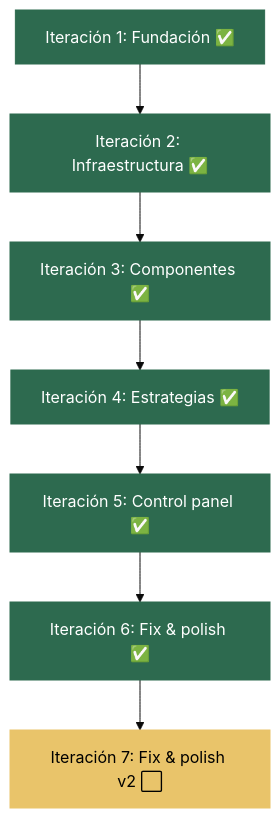
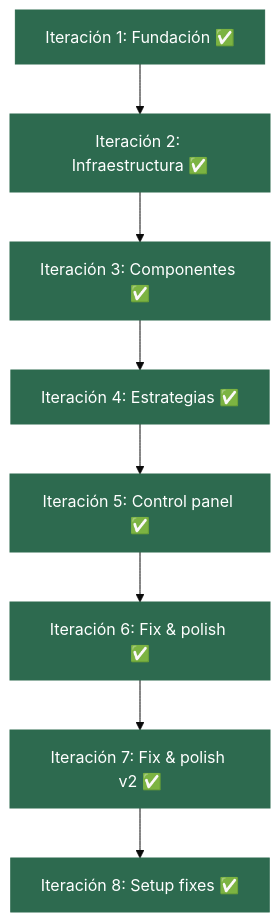
Before and after one commit to xavier-gallofre/k8s-deployer-playground: the diagram in docs/user-stories.md, drawn with Mermaid (base theme). The commit also changed other lines of this file and 3 other files, not shown here.

````diff
--- a/docs/user-stories.md
+++ b/docs/user-stories.md
@@ -13,17 +13,19 @@
 ```mermaid
 graph TD
     I1["Iteración 1: Fundación ✅"] --> I2["Iteración 2: Infraestructura ✅"]
     I2 --> I3["Iteración 3: Componentes ✅"]
     I3 --> I4["Iteración 4: Estrategias ✅"]
     I4 --> I5["Iteración 5: Control panel ✅"]
     I5 --> I6["Iteración 6: Fix & polish ✅"]
-    I6 --> I7["Iteración 7: Fix & polish v2 ⬜"]
+    I6 --> I7["Iteración 7: Fix & polish v2 ✅"]
+    I7 --> I8["Iteración 8: Setup fixes ✅"]
 
     style I1 fill:#2d6a4f,stroke:#2d6a4f,color:#fff
     style I2 fill:#2d6a4f,stroke:#2d6a4f,color:#fff
     style I3 fill:#2d6a4f,stroke:#2d6a4f,color:#fff
     style I4 fill:#2d6a4f,stroke:#2d6a4f,color:#fff
     style I5 fill:#2d6a4f,stroke:#2d6a4f,color:#fff
     style I6 fill:#2d6a4f,stroke:#2d6a4f,color:#fff
-    style I7 fill:#e9c46a,stroke:#e9c46a,color:#000
+    style I7 fill:#2d6a4f,stroke:#2d6a4f,color:#fff
+    style I8 fill:#2d6a4f,stroke:#2d6a4f,color:#fff
 ```
````
